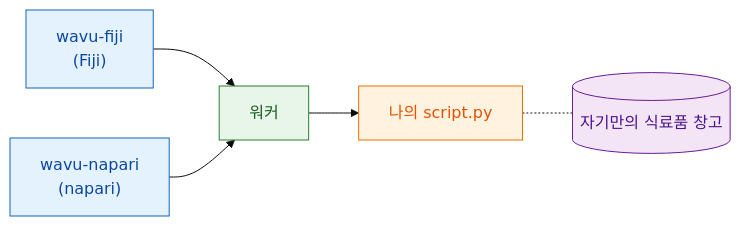
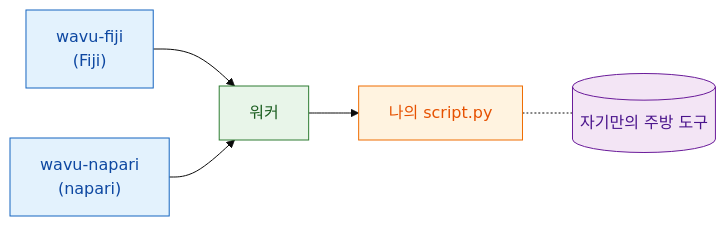
The diagram in guide/model/what-is-wavu.ko.md (Oxford-Zeiss-Centre-of-Excellence/Wavu), drawn with Mermaid (base theme) before and after one commit. The commit also changed other lines of this file and 221 other files, not shown here.

````diff
--- a/guide/model/what-is-wavu.ko.md
+++ b/guide/model/what-is-wavu.ko.md
@@ -36,17 +38,17 @@
 ```mermaid
 flowchart LR
     F["wavu-fiji<br/>(Fiji)"]:::fiji
     N["wavu-napari<br/>(napari)"]:::fiji
     W["워커"]:::worker
     S["나의 script.py"]:::script
-    E[("자기만의 식료품 창고")]:::env
+    E[("자기만의 주방 도구")]:::env
     F --> W
     N --> W
     W --> S
     S -.- E
 
     classDef fiji   fill:#e3f2fd,stroke:#1565c0,color:#0d47a1
     classDef worker fill:#e8f5e9,stroke:#2e7d32,color:#1b5e20
     classDef script fill:#fff3e0,stroke:#ef6c00,color:#e65100
     classDef env    fill:#f3e5f5,stroke:#6a1b9a,color:#4a148c
 ```
````
